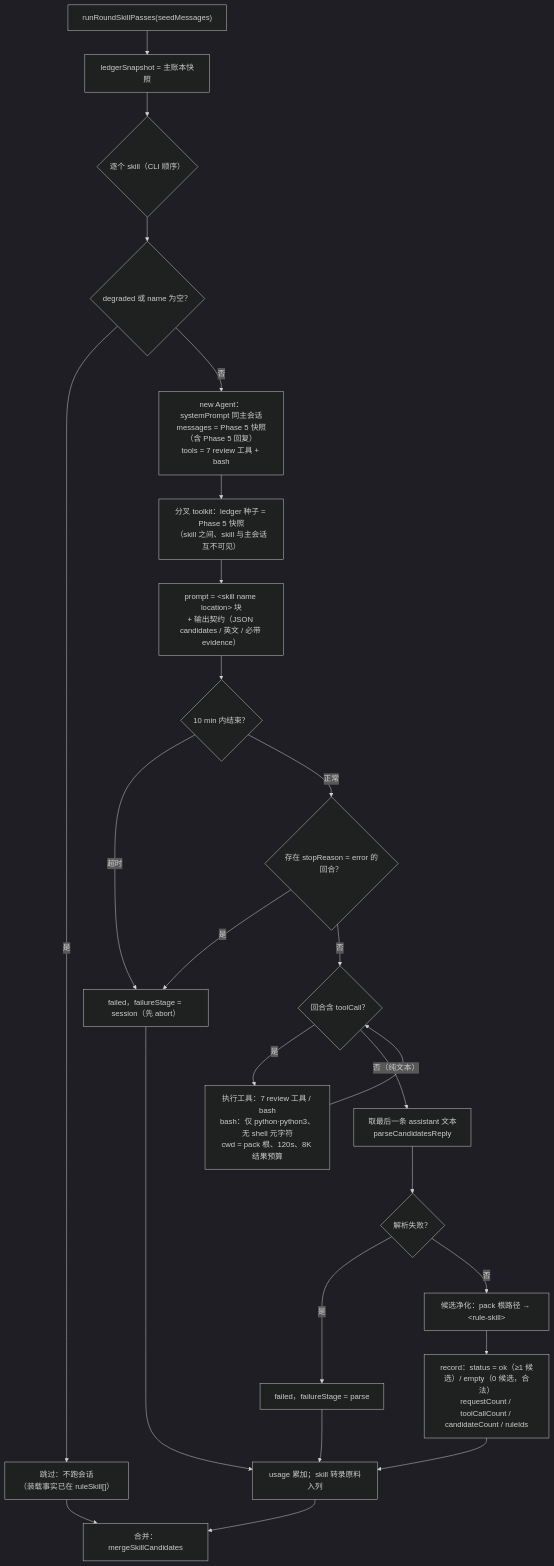
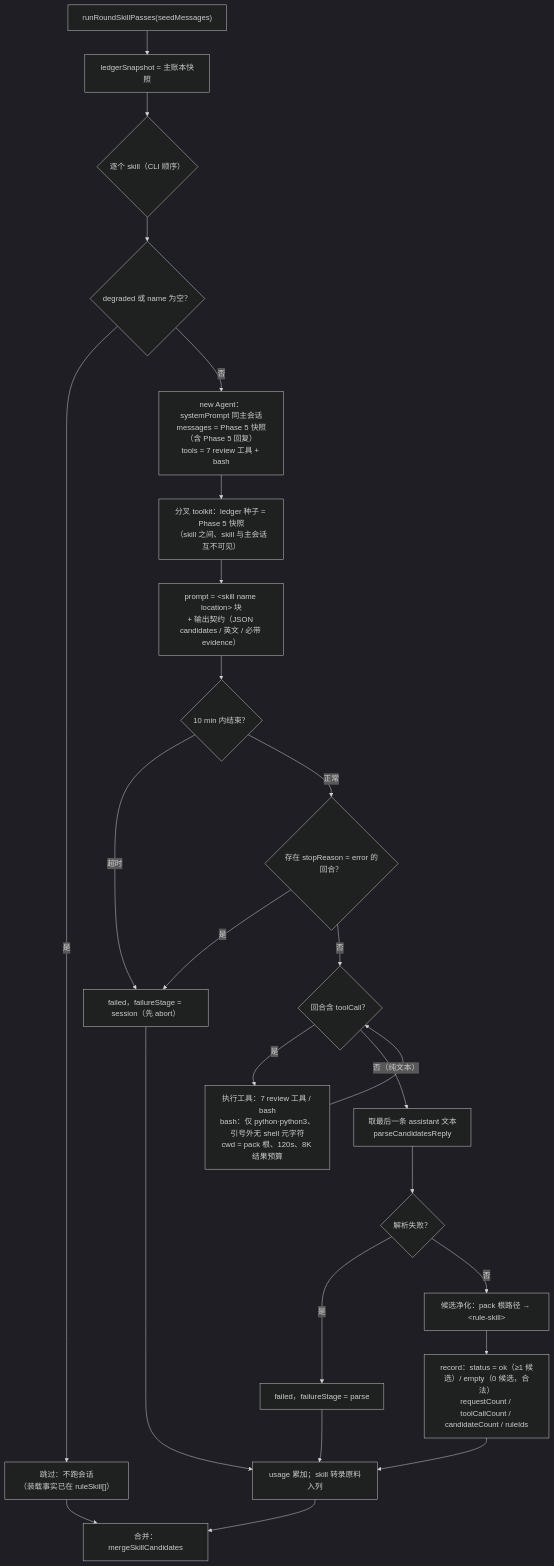
Before and after one commit to ffanwei/ReviewAgent-pi: the fourth of 5 diagrams in docs/design/Config F 完整流程图（规则 Skill 独立检视会话）.md, drawn with Mermaid (dark theme). The commit also changed 3 other files, not shown here.

First line of the commit message:
fix: skill bash 元字符检查改为只查引号外（python -c 一行代码不再误拦）

````diff
--- a/docs/design/Config F 完整流程图（规则 Skill 独立检视会话）.md
+++ b/docs/design/Config F 完整流程图（规则 Skill 独立检视会话）.md
@@ -153,26 +153,26 @@
 ```mermaid
 flowchart TD
     A["runRoundSkillPasses(seedMessages)"] --> B["ledgerSnapshot = 主账本快照"]
     B --> C{"逐个 skill（CLI 顺序）"}
     C --> D{"degraded 或 name 为空？"}
     D -->|"是"| SKIP["跳过：不跑会话<br/>（装载事实已在 ruleSkill[]）"]
     D -->|"否"| E["new Agent：<br/>systemPrompt 同主会话<br/>messages = Phase 5 快照（含 Phase 5 回复）<br/>tools = 7 review 工具 + bash"]
     E --> F["分叉 toolkit：ledger 种子 = Phase 5 快照<br/>（skill 之间、skill 与主会话互不可见）"]
     F --> G["prompt = &lt;skill name location&gt; 块<br/>+ 输出契约（JSON candidates / 英文 / 必带 evidence）"]
     G --> H{"10 min 内结束？"}
     H -->|"超时"| FAILS["failed，failureStage = session（先 abort）"]
     H -->|"正常"| I{"存在 stopReason = error 的回合？"}
     I -->|"是"| FAILS
     I -->|"否"| J{"回合含 toolCall？"}
-    J -->|"是"| K["执行工具：7 review 工具 / bash<br/>bash：仅 python·python3、无 shell 元字符<br/>cwd = pack 根、120s、8K 结果预算"] --> J
+    J -->|"是"| K["执行工具：7 review 工具 / bash<br/>bash：仅 python·python3、引号外无 shell 元字符<br/>cwd = pack 根、120s、8K 结果预算"] --> J
     J -->|"否（纯文本）"| L["取最后一条 assistant 文本<br/>parseCandidatesReply"]
     L --> M{"解析失败？"}
     M -->|"是"| FAILP["failed，failureStage = parse"]
     M -->|"否"| N["候选净化：pack 根路径 → &lt;rule-skill&gt;"]
     N --> O["record：status = ok（≥1 候选）/ empty（0 候选，合法）<br/>requestCount / toolCallCount / candidateCount / ruleIds"]
     O --> P["usage 累加；skill 转录原料入列"]
     FAILS --> P
     FAILP --> P
     SKIP --> Q
     P --> Q["合并：mergeSkillCandidates"]
 ```
````
